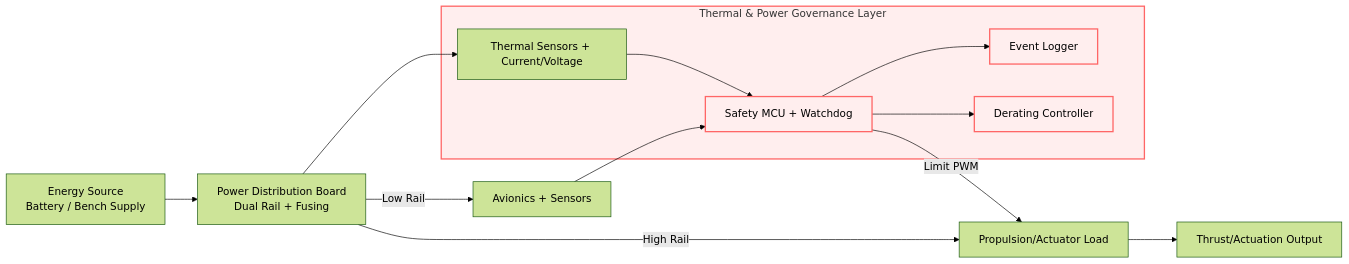
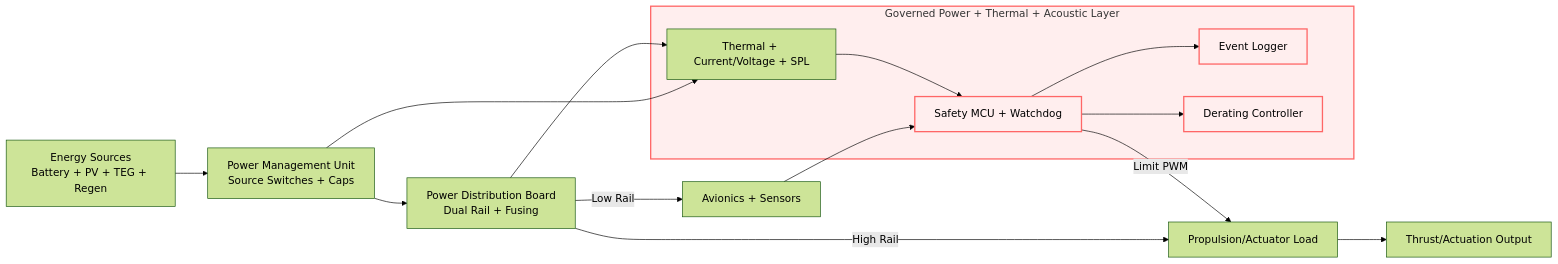
Before and after one commit to kmk142789/kmk142789: the first of 3 diagrams in docs/echo_fusion_reference_prototype.md, drawn with Mermaid (forest theme). The commit also changed other lines of this file and 6 other files, not shown here.

````diff
--- a/docs/echo_fusion_reference_prototype.md
+++ b/docs/echo_fusion_reference_prototype.md
@@ -19,27 +20,30 @@
 ```mermaid
 flowchart LR
-    SRC[Energy Source
-Battery / Bench Supply] --> PWR[Power Distribution Board
+    SRC[Energy Sources
+Battery + PV + TEG + Regen] --> PMU[Power Management Unit
+Source Switches + Caps]
+    PMU --> PWR[Power Distribution Board
 Dual Rail + Fusing]
     PWR -->|High Rail| LOAD1[Propulsion/Actuator Load]
     PWR -->|Low Rail| AV[Avionics + Sensors]
 
     LOAD1 --> THRUST[Thrust/Actuation Output]
 
-    subgraph GOV[Thermal & Power Governance Layer]
+    subgraph GOV[Governed Power + Thermal + Acoustic Layer]
         MCU[Safety MCU + Watchdog]
-        SENS[Thermal Sensors + Current/Voltage]
+        SENS[Thermal + Current/Voltage + SPL]
         LOG[Event Logger]
         DERATE[Derating Controller]
         MCU --> DERATE
         SENS --> MCU
         MCU --> LOG
     end
 
     PWR --> SENS
+    PMU --> SENS
     MCU -->|Limit PWM| LOAD1
     AV --> MCU
 
     classDef safety fill:#fee,stroke:#f66,stroke-width:2px;
     class GOV,MCU,DERATE,LOG safety;
 ```
````
